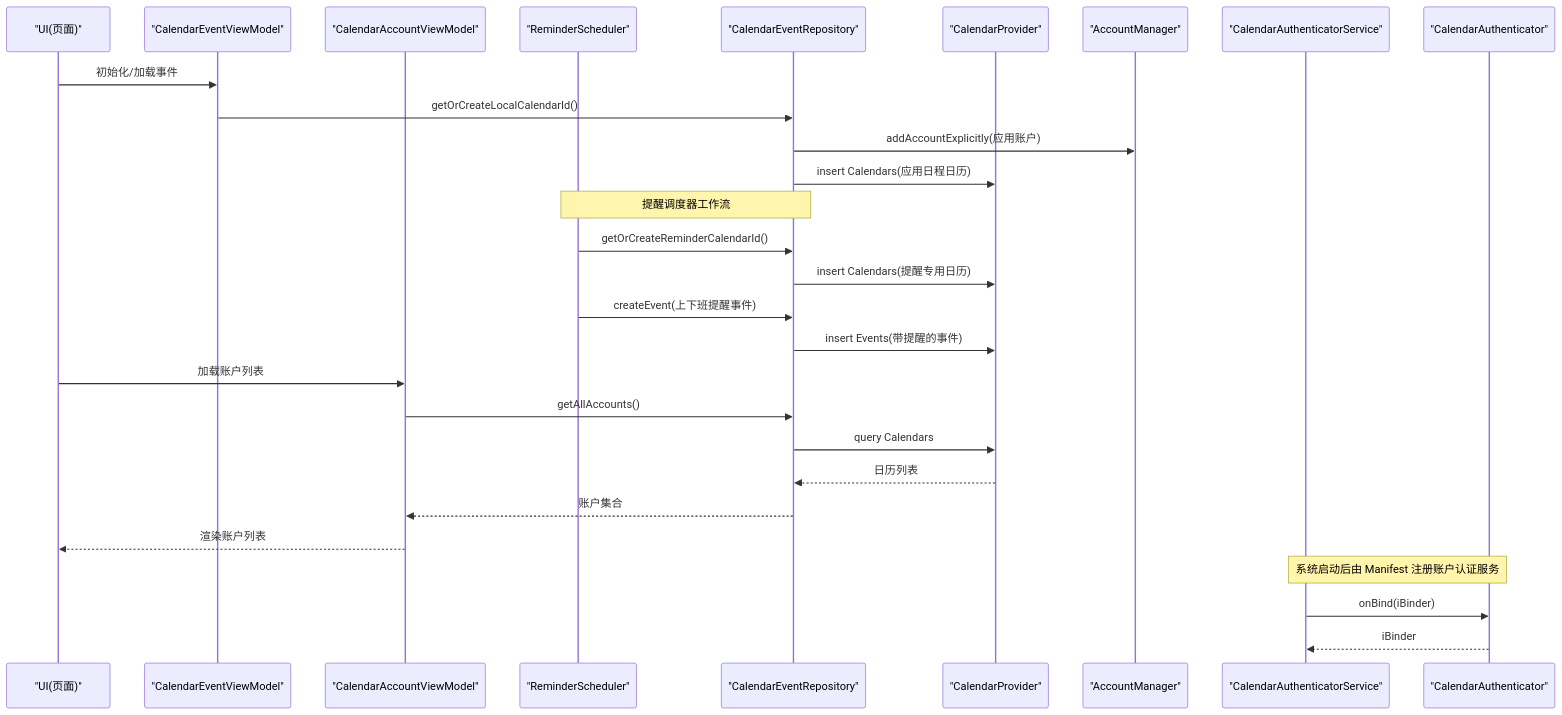
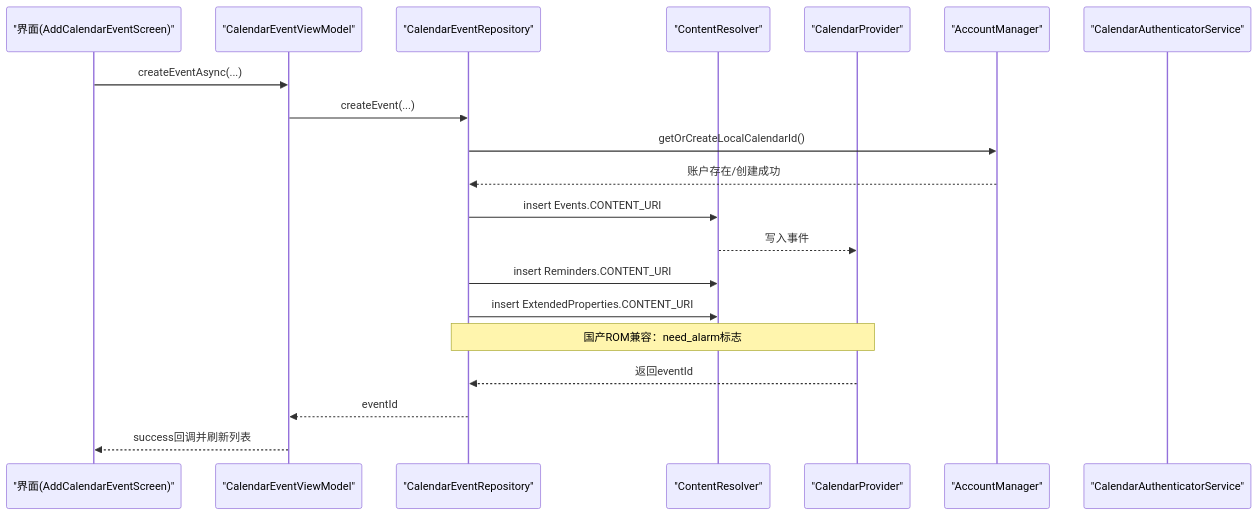
Before and after one commit to xiaobai860/paibanrili: the second of 7 diagrams in .qoder/repowiki/zh/content/系统集成/系统日历集成.md, drawn with Mermaid. The commit also changed other lines of this file and 245 other files, not shown here.

````diff
--- a/.qoder/repowiki/zh/content/系统集成/系统日历集成.md
+++ b/.qoder/repowiki/zh/content/系统集成/系统日历集成.md
@@ -108,30 +101,22 @@
 ```mermaid
 sequenceDiagram
-participant UI as "UI(页面)"
+participant UI as "界面(AddCalendarEventScreen)"
 participant VM as "CalendarEventViewModel"
-participant AccVM as "CalendarAccountViewModel"
-participant RemSch as "ReminderScheduler"
 participant Repo as "CalendarEventRepository"
+participant CM as "ContentResolver"
 participant Prov as "CalendarProvider"
 participant AM as "AccountManager"
 participant Svc as "CalendarAuthenticatorService"
-participant Auth as "CalendarAuthenticator"
-UI->>VM : 初始化/加载事件
-VM->>Repo : getOrCreateLocalCalendarId()
-Repo->>AM : addAccountExplicitly(应用账户)
-Repo->>Prov : insert Calendars(应用日程日历)
-Note over RemSch,Repo : 提醒调度器工作流
-RemSch->>Repo : getOrCreateReminderCalendarId()
-Repo->>Prov : insert Calendars(提醒专用日历)
-RemSch->>Repo : createEvent(上下班提醒事件)
-Repo->>Prov : insert Events(带提醒的事件)
-UI->>AccVM : 加载账户列表
-AccVM->>Repo : getAllAccounts()
-Repo->>Prov : query Calendars
-Prov-->>Repo : 日历列表
-Repo-->>AccVM : 账户集合
-AccVM-->>UI : 渲染账户列表
-Note over Svc,Auth : 系统启动后由 Manifest 注册账户认证服务
-Svc->>Auth : onBind(iBinder)
-Auth-->>Svc : iBinder
+UI->>VM : createEventAsync(...)
+VM->>Repo : createEvent(...)
+Repo->>AM : getOrCreateLocalCalendarId()
+AM-->>Repo : 账户存在/创建成功
+Repo->>CM : insert Events.CONTENT_URI
+CM-->>Prov : 写入事件
+Repo->>CM : insert Reminders.CONTENT_URI
+Repo->>CM : insert ExtendedProperties.CONTENT_URI
+Note over Repo,Prov : 国产ROM兼容：need_alarm标志
+Prov-->>Repo : 返回eventId
+Repo-->>VM : eventId
+VM-->>UI : success回调并刷新列表
 ```
````
